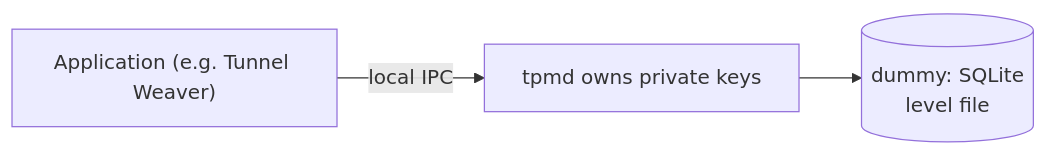
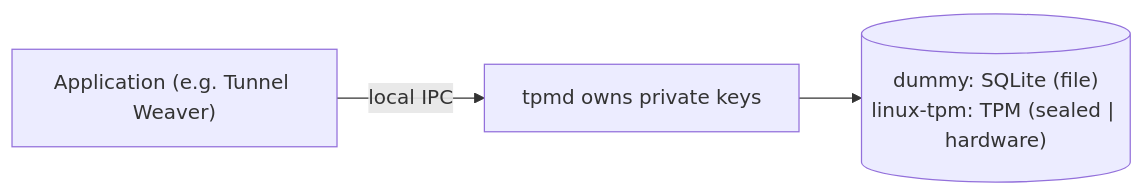
Before and after one commit to OffworldNexus/tpmd: the second of 2 diagrams in docs/architecture.md, drawn with Mermaid. The commit also changed other lines of this file and 35 other files, not shown here.

````diff
--- a/docs/architecture.md
+++ b/docs/architecture.md
@@ -56,5 +77,5 @@
 ```mermaid
 graph LR
   app["Application (e.g. Tunnel Weaver)"] -->|local IPC| daemon
-  daemon["tpmd owns private keys"] --> store[("dummy: SQLite<br/>level file")]
+  daemon["tpmd owns private keys"] --> store[("dummy: SQLite (file)<br/>linux-tpm: TPM (sealed | hardware)")]
 ```
````
